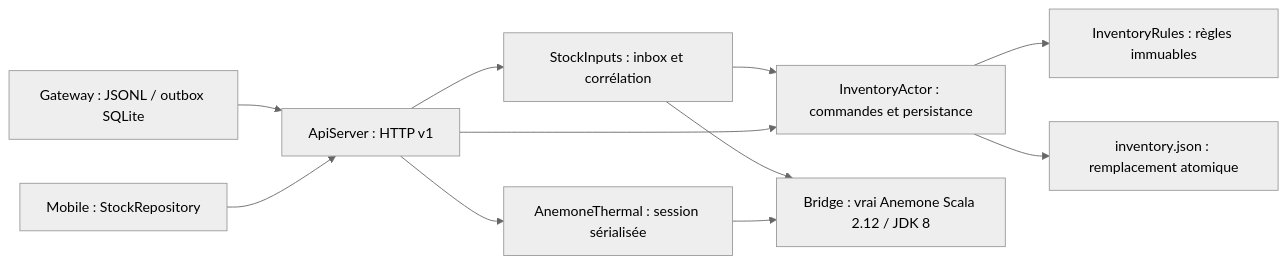
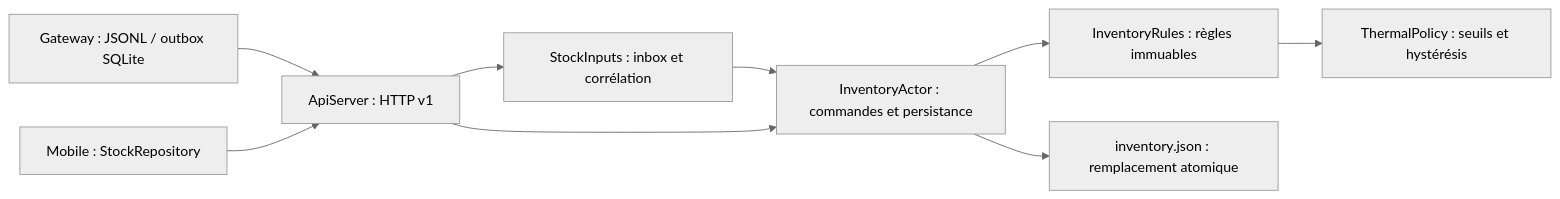
Before and after one commit to ebarrach/SmartStock: the diagram in method/design/SCALA_ACTORS.md, drawn with Mermaid (neutral theme). The commit also changed other lines of this file and 51 other files, not shown here.

````diff
--- a/method/design/SCALA_ACTORS.md
+++ b/method/design/SCALA_ACTORS.md
@@ -62,13 +62,11 @@
 ```mermaid
 flowchart LR
     Gateway[Gateway : JSONL / outbox SQLite] --> API[ApiServer : HTTP v1]
     Mobile[Mobile : StockRepository] --> API
     API --> Inputs[StockInputs : inbox et corrélation]
     Inputs --> Inventory[InventoryActor : commandes et persistance]
     API --> Inventory
-    Inputs --> Bridge[Bridge : vrai Anemone Scala 2.12 / JDK 8]
-    API --> Thermal[AnemoneThermal : session sérialisée]
-    Thermal --> Bridge
+    Rules --> Thermal[ThermalPolicy : seuils et hystérésis]
     Inventory --> Rules[InventoryRules : règles immuables]
     Inventory --> Disk[inventory.json : remplacement atomique]
 ```
````
